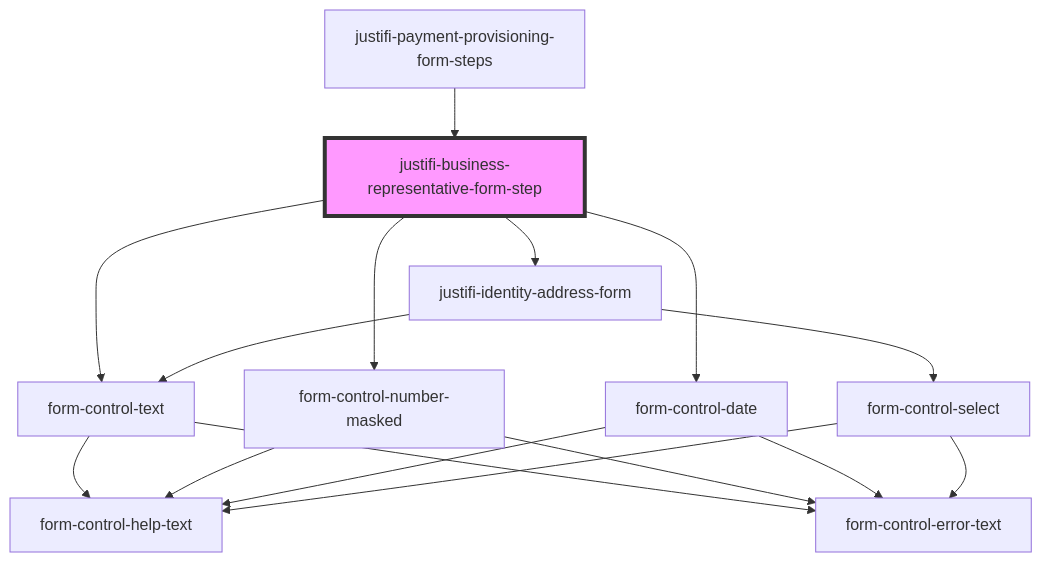
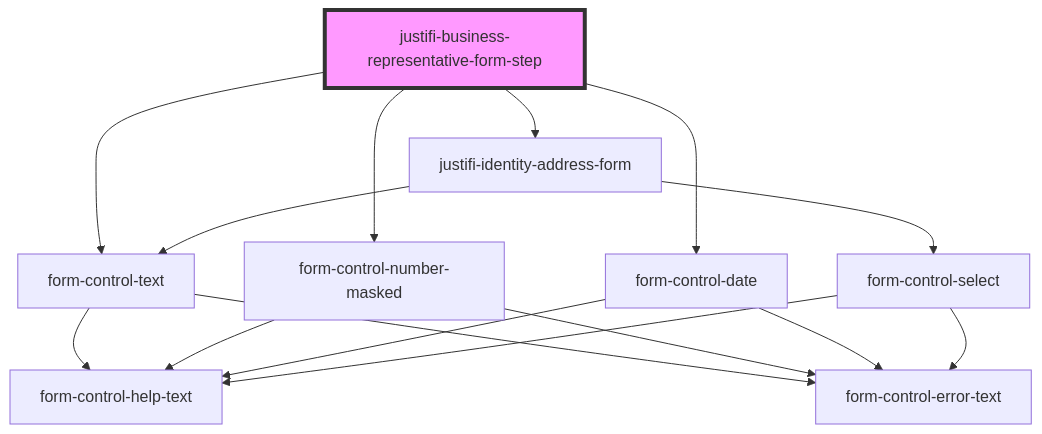
Before and after one commit to justifi-tech/web-component-library: the diagram in packages/webcomponents/src/components/business-forms/payment-provisioning/business-representative/README.md, drawn with Mermaid. The commit also changed other lines of this file and 4 other files, not shown here.

````diff
--- a/packages/webcomponents/src/components/business-forms/payment-provisioning/business-representative/README.md
+++ b/packages/webcomponents/src/components/business-forms/payment-provisioning/business-representative/README.md
@@ -59,19 +55,18 @@
 ```mermaid
 graph TD;
   justifi-business-representative-form-step --> form-control-text
   justifi-business-representative-form-step --> form-control-number-masked
   justifi-business-representative-form-step --> form-control-date
   justifi-business-representative-form-step --> justifi-identity-address-form
   form-control-text --> form-control-help-text
   form-control-text --> form-control-error-text
   form-control-number-masked --> form-control-help-text
   form-control-number-masked --> form-control-error-text
   form-control-date --> form-control-help-text
   form-control-date --> form-control-error-text
   justifi-identity-address-form --> form-control-text
   justifi-identity-address-form --> form-control-select
   form-control-select --> form-control-help-text
   form-control-select --> form-control-error-text
-  justifi-payment-provisioning-form-steps --> justifi-business-representative-form-step
   style justifi-business-representative-form-step fill:#f9f,stroke:#333,stroke-width:4px
 ```
````
